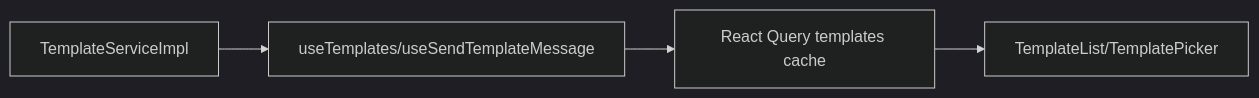
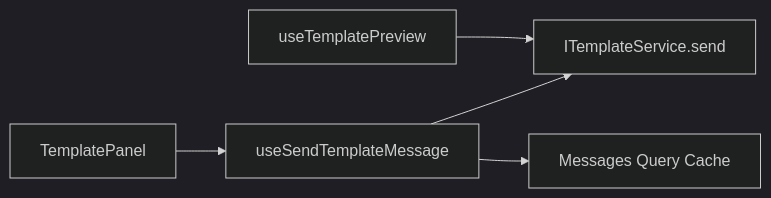
One commit to givingwu/bifrost-chat changed the fourth of 4 diagrams in docs/architecture-diagrams.md. Above: the diagram before and after it, drawn with Mermaid (dark theme). The commit also changed other lines of this file and 24 other files, not shown here.

````diff
--- a/docs/architecture-diagrams.md
+++ b/docs/architecture-diagrams.md
@@ -53,6 +67,7 @@
 ```mermaid
 graph LR
-  TAPI[TemplateServiceImpl] --> TQ[useTemplates/useSendTemplateMessage]
-  TQ --> TCache[React Query templates cache]
-  TCache --> TUI[TemplateList/TemplatePicker]
+  TP[TemplatePanel] --> UST[useSendTemplateMessage]
+  UST --> ITS[ITemplateService.send]
+  UST --> MQC[Messages Query Cache]
+  UTP[useTemplatePreview] --> ITS
 ```
````
